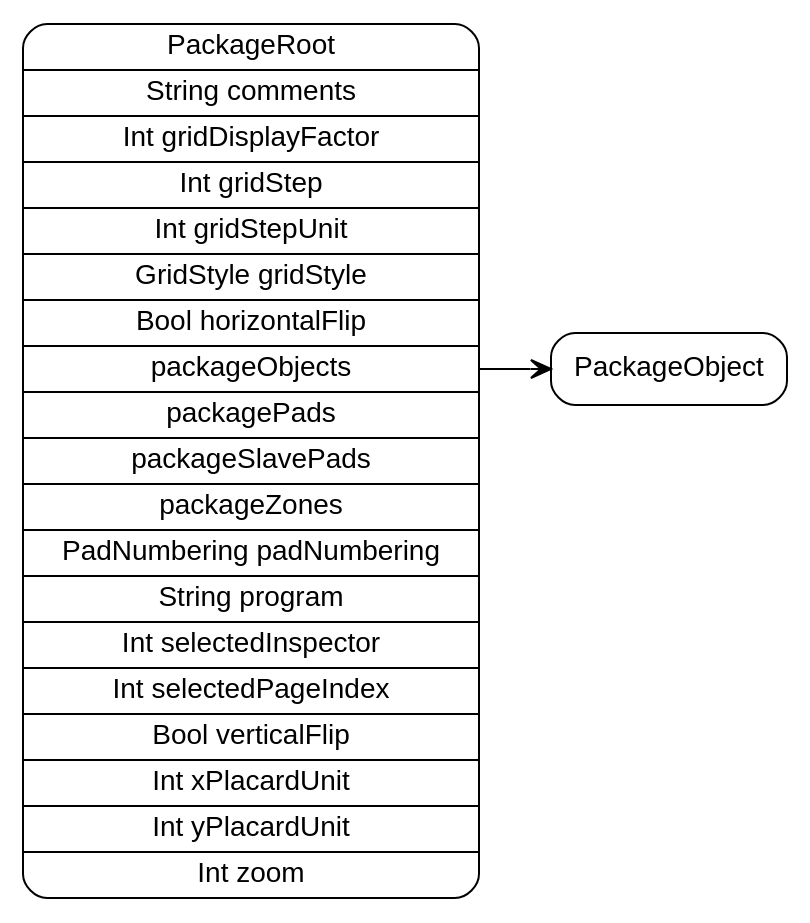
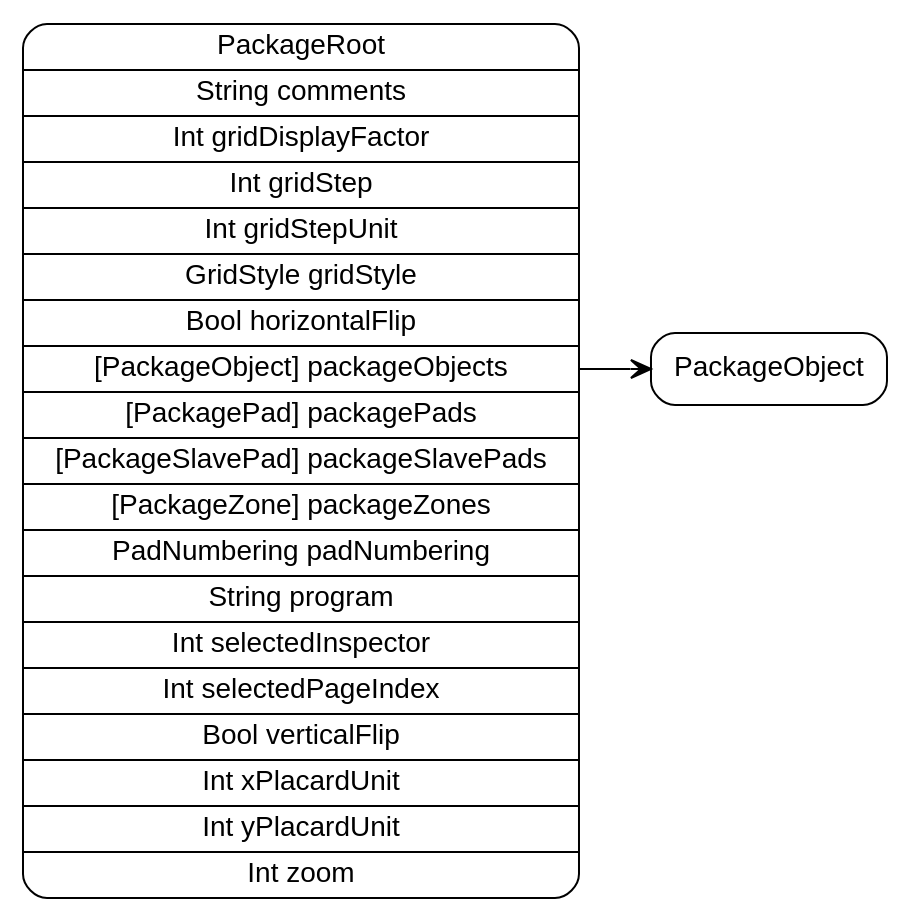
Before and after one commit to pierremolinaro/ElCanari-dev: the diagram in models/PackageRoot.dot, drawn with Graphviz. The commit also changed 14 other files, not shown here.

```diff
--- a/models/PackageRoot.dot
+++ b/models/PackageRoot.dot
@@ -1,7 +1,7 @@
 digraph G {
   rankdir=LR ;
   node [shape=record fontname=helvetica style=rounded] ;
-  PackageRoot[label="<PackageRoot>PackageRoot|String comments|Int gridDisplayFactor|Int gridStep|Int gridStepUnit|GridStyle gridStyle|Bool horizontalFlip|<packageObjects>packageObjects|<packagePads>packagePads|<packageSlavePads>packageSlavePads|<packageZones>packageZones|PadNumbering padNumbering|String program|Int selectedInspector|Int selectedPageIndex|Bool verticalFlip|Int xPlacardUnit|Int yPlacardUnit|Int zoom"] ;
+  PackageRoot[label="<PackageRoot>PackageRoot|String comments|Int gridDisplayFactor|Int gridStep|Int gridStepUnit|GridStyle gridStyle|Bool horizontalFlip|<packageObjects>[PackageObject] packageObjects|<packagePads>[PackagePad] packagePads|<packageSlavePads>[PackageSlavePad] packageSlavePads|<packageZones>[PackageZone] packageZones|PadNumbering padNumbering|String program|Int selectedInspector|Int selectedPageIndex|Bool verticalFlip|Int xPlacardUnit|Int yPlacardUnit|Int zoom"] ;
   PackageObject[label="<PackageObject>PackageObject"] ;
   PackageRoot:packageObjects -> PackageObject:PackageObject [dir=both arrowtail=none arrowhead=vee] ;
 }
```
